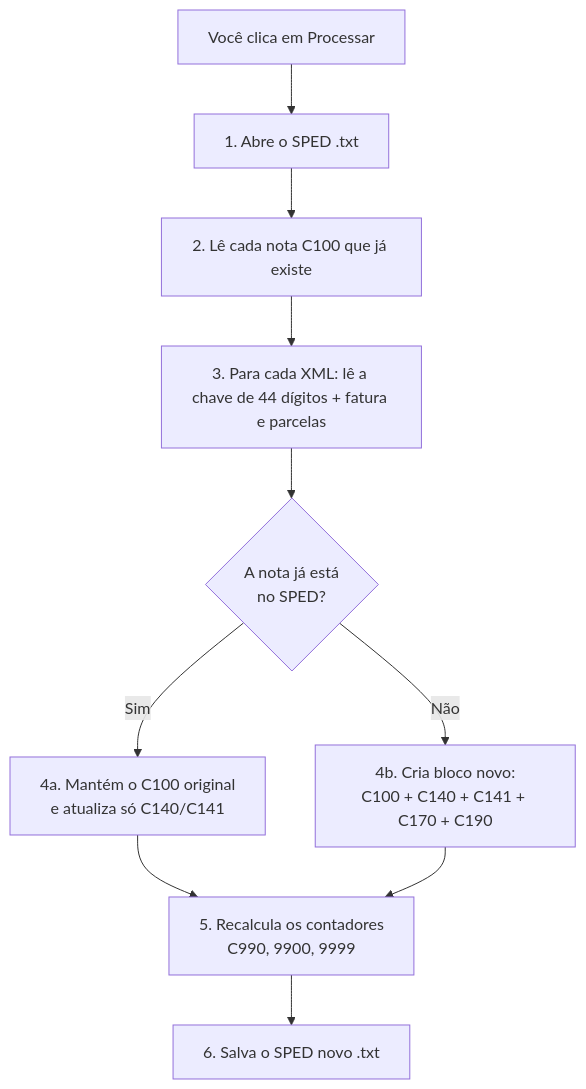
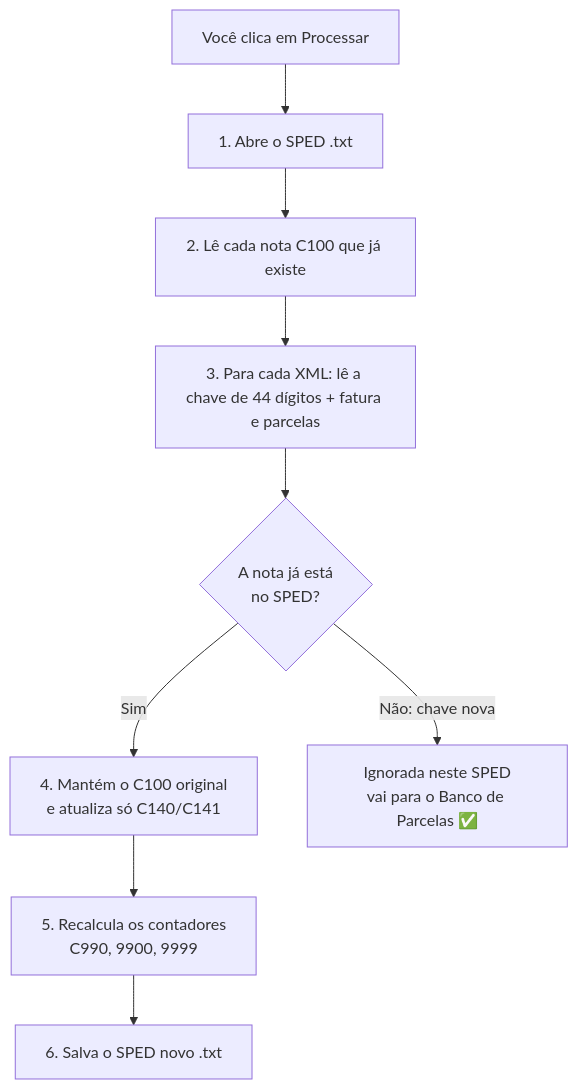
One commit to vic012/xml-releases changed the second of 3 diagrams in docs/01-processar-sped.md. Above: the diagram before and after it, drawn with Mermaid. The commit also changed other lines of this file, not shown here.

Commit message:
Corrige fluxo de NF nova: ignorada no SPED e guardada no banco (sem C100 novo)

````diff
--- a/docs/01-processar-sped.md
+++ b/docs/01-processar-sped.md
@@ -34,12 +34,11 @@
 ```mermaid
 flowchart TD
     Click[Você clica em Processar] --> Open[1. Abre o SPED .txt]
     Open --> Read[2. Lê cada nota C100 que já existe]
     Read --> ReadXML[3. Para cada XML: lê a chave de 44 dígitos + fatura e parcelas]
     ReadXML --> Decide{A nota já está<br/>no SPED?}
-    Decide -->|Sim| Keep[4a. Mantém o C100 original<br/>e atualiza só C140/C141]
-    Decide -->|Não| New[4b. Cria bloco novo:<br/>C100 + C140 + C141 + C170 + C190]
+    Decide -->|Sim| Keep[4. Mantém o C100 original<br/>e atualiza só C140/C141]
+    Decide -->|Não: chave nova| Ignore[Ignorada neste SPED<br/>vai para o Banco de Parcelas ✅]
     Keep --> Recount[5. Recalcula os contadores<br/>C990, 9900, 9999]
-    New --> Recount
     Recount --> Save[6. Salva o SPED novo .txt]
 ```
````
